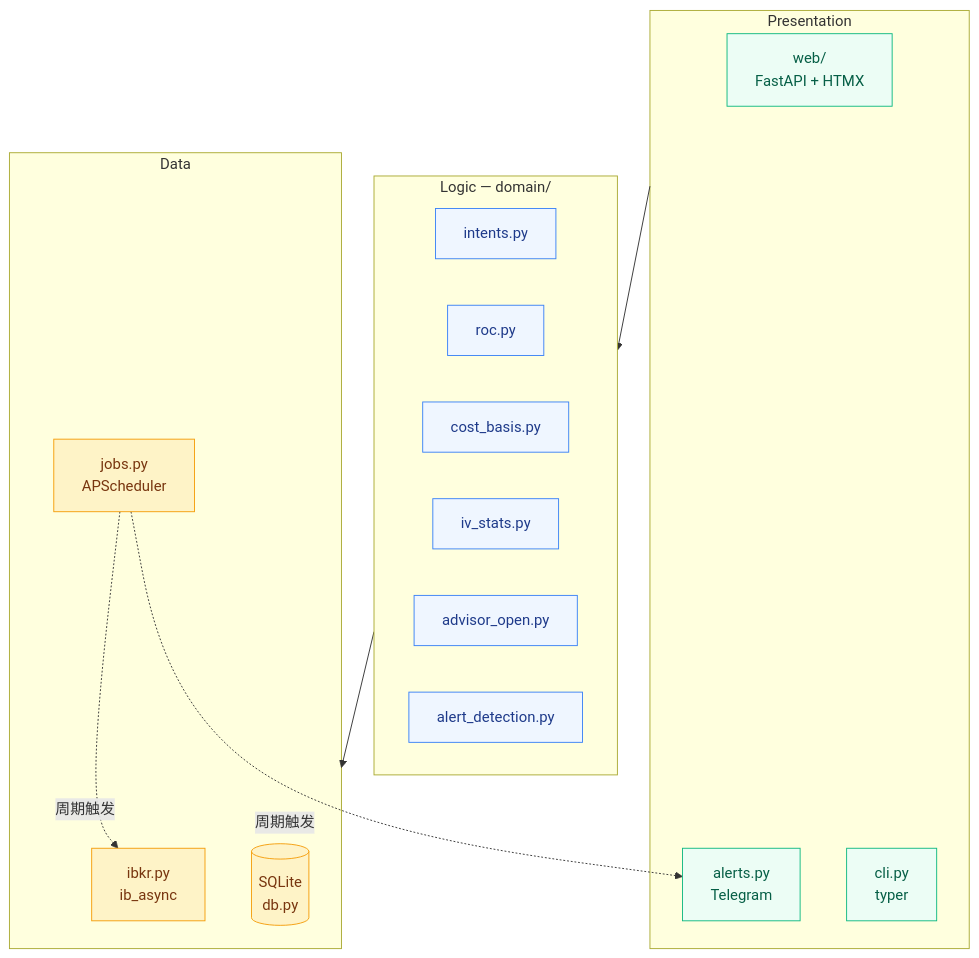
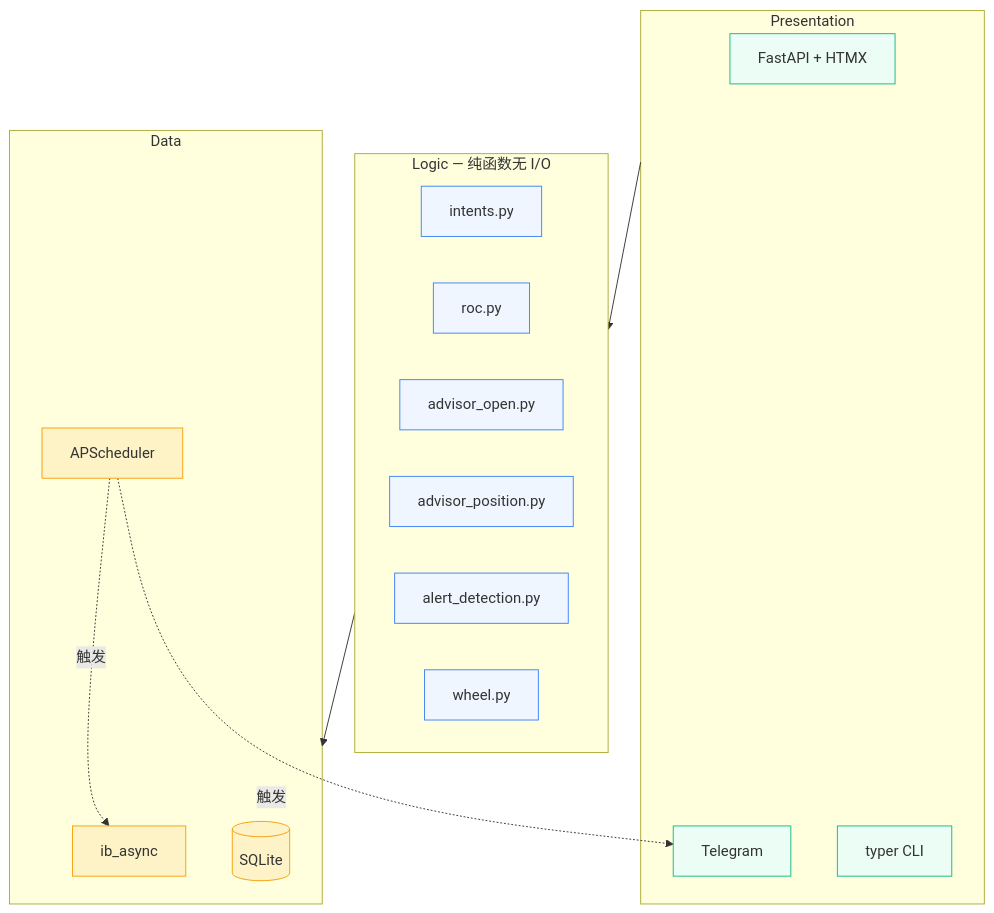
The diagram in README.md (szkangjian/Option), drawn with Mermaid before and after one commit. The commit also changed other lines of this file and 4 other files, not shown here.

````diff
--- a/README.md
+++ b/README.md
@@ -25,32 +155,32 @@
 ```mermaid
 flowchart TB
     subgraph P[Presentation]
-        WEB[web/<br/>FastAPI + HTMX]
-        ALERTS[alerts.py<br/>Telegram]
-        CLI[cli.py<br/>typer]
+        WEB[FastAPI + HTMX]
+        ALERTS[Telegram]
+        CLI[typer CLI]
     end
-    subgraph L[Logic — domain/]
+    subgraph L[Logic — 纯函数无 I/O]
         INTENT[intents.py]
         ROC[roc.py]
-        CB[cost_basis.py]
-        IVS[iv_stats.py]
         AO[advisor_open.py]
+        AP[advisor_position.py]
         AD[alert_detection.py]
+        WHEEL[wheel.py]
     end
     subgraph D[Data]
-        IB[ibkr.py<br/>ib_async]
-        DB[(SQLite<br/>db.py)]
-        JOBS[jobs.py<br/>APScheduler]
+        IB[ib_async]
+        DB[(SQLite)]
+        JOBS[APScheduler]
     end
     P --> L
     L --> D
-    JOBS -.周期触发.-> IB
-    JOBS -.周期触发.-> ALERTS
+    JOBS -.触发.-> IB
+    JOBS -.触发.-> ALERTS
 
-    classDef p fill:#ecfdf5,stroke:#10b981,color:#065f46
-    classDef l fill:#eff6ff,stroke:#3b82f6,color:#1e3a8a
-    classDef d fill:#fef3c7,stroke:#f59e0b,color:#78350f
+    classDef p fill:#ecfdf5,stroke:#10b981
+    classDef l fill:#eff6ff,stroke:#3b82f6
+    classDef d fill:#fef3c7,stroke:#f59e0b
     class WEB,ALERTS,CLI p
-    class INTENT,ROC,CB,IVS,AO,AD l
+    class INTENT,ROC,AO,AP,AD,WHEEL l
     class IB,DB,JOBS d
 ```
````
